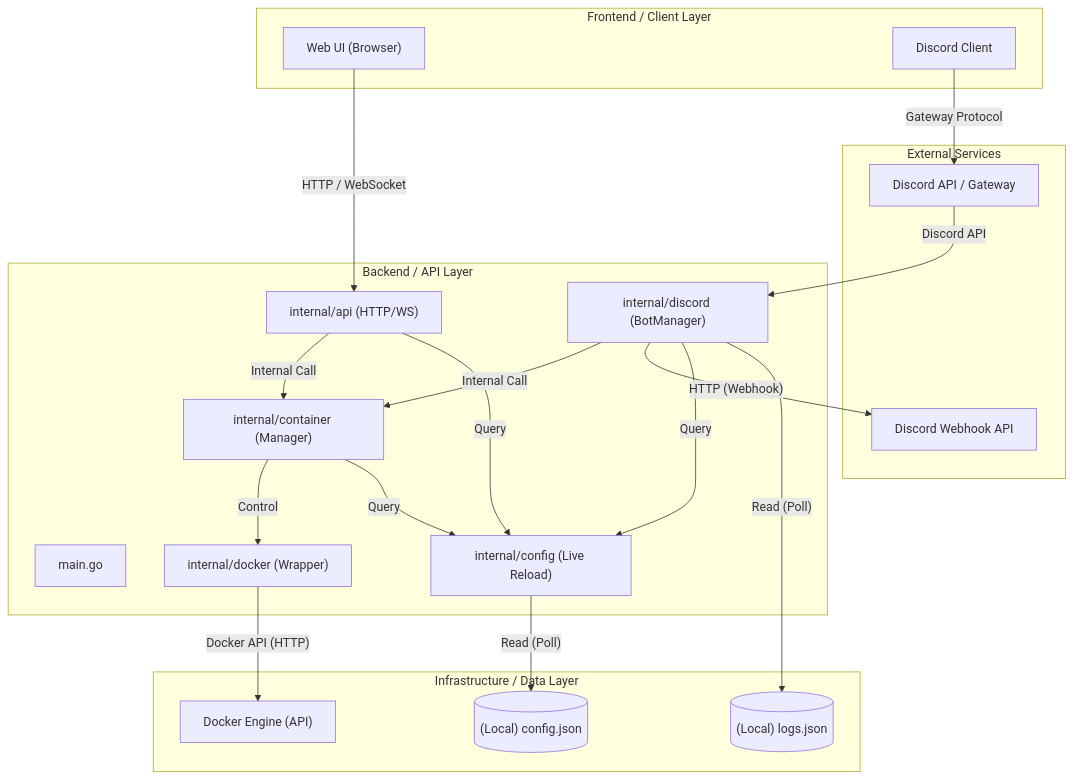
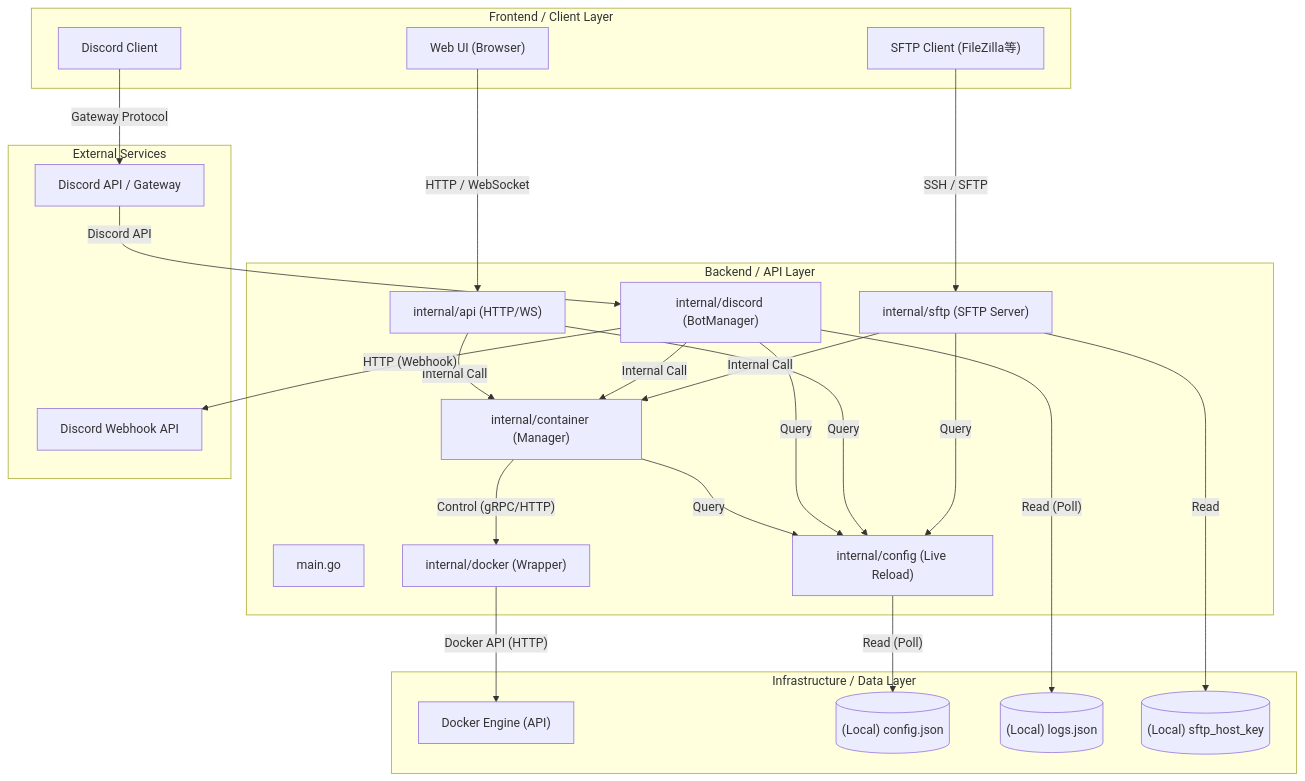
The diagram in system-design.md (aatomu/play-bin), drawn with Mermaid before and after one commit. The commit also changed other lines of this file and 1 other file, not shown here.

Commit message:
📝sftpのシステム図を追加

````diff
--- a/system-design.md
+++ b/system-design.md
@@ -34,45 +35,52 @@
 ```mermaid
 graph TD
     subgraph "Frontend / Client Layer"
         WebUI["Web UI (Browser)"]
         DiscordClient["Discord Client"]
+        SFTPClient["SFTP Client (FileZilla等)"]
     end
 
     subgraph "Backend / API Layer"
         Main["main.go"]
         API["internal/api (HTTP/WS)"]
         BotManager["internal/discord (BotManager)"]
+        SFTPService["internal/sftp (SFTP Server)"]
         ContainerMgr["internal/container (Manager)"]
         ConfigMgr["internal/config (Live Reload)"]
         DockerWrapper["internal/docker (Wrapper)"]
     end
 
     subgraph "Infrastructure / Data Layer"
         DockerEngine["Docker Engine (API)"]
         JSONDB[("(Local) config.json")]
         LogSetting[("(Local) logs.json")]
+        HostKey[("(Local) sftp_host_key")]
     end
 
     subgraph "External Services"
         DiscordAPI["Discord API / Gateway"]
         DiscordWebhook["Discord Webhook API"]
     end
 
     %% Communications
     WebUI -- "HTTP / WebSocket" --> API
     DiscordClient -- "Gateway Protocol" --> DiscordAPI
+    SFTPClient -- "SSH / SFTP" --> SFTPService
     DiscordAPI -- "Discord API" --> BotManager
 
     API -- "Internal Call" --> ContainerMgr
     BotManager -- "Internal Call" --> ContainerMgr
+    SFTPService -- "Internal Call" --> ContainerMgr
     BotManager -- "HTTP (Webhook)" --> DiscordWebhook
 
-    ContainerMgr -- "Control" --> DockerWrapper
+    ContainerMgr -- "Control (gRPC/HTTP)" --> DockerWrapper
     ContainerMgr -- "Query" --> ConfigMgr
     BotManager -- "Query" --> ConfigMgr
     API -- "Query" --> ConfigMgr
+    SFTPService -- "Query" --> ConfigMgr
 
     DockerWrapper -- "Docker API (HTTP)" --> DockerEngine
     ConfigMgr -- "Read (Poll)" --> JSONDB
     BotManager -- "Read (Poll)" --> LogSetting
+    SFTPService -- "Read" --> HostKey
 ```
````
